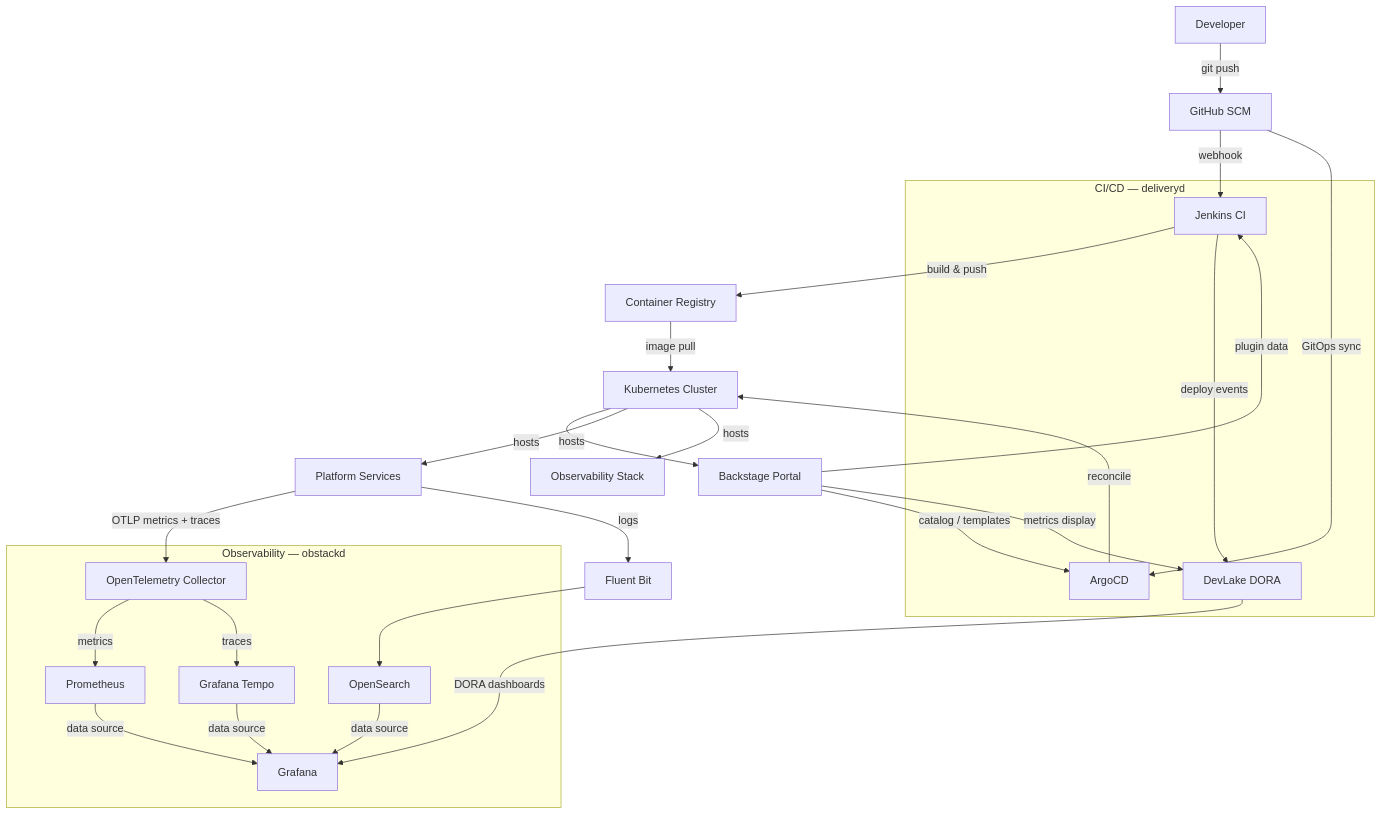
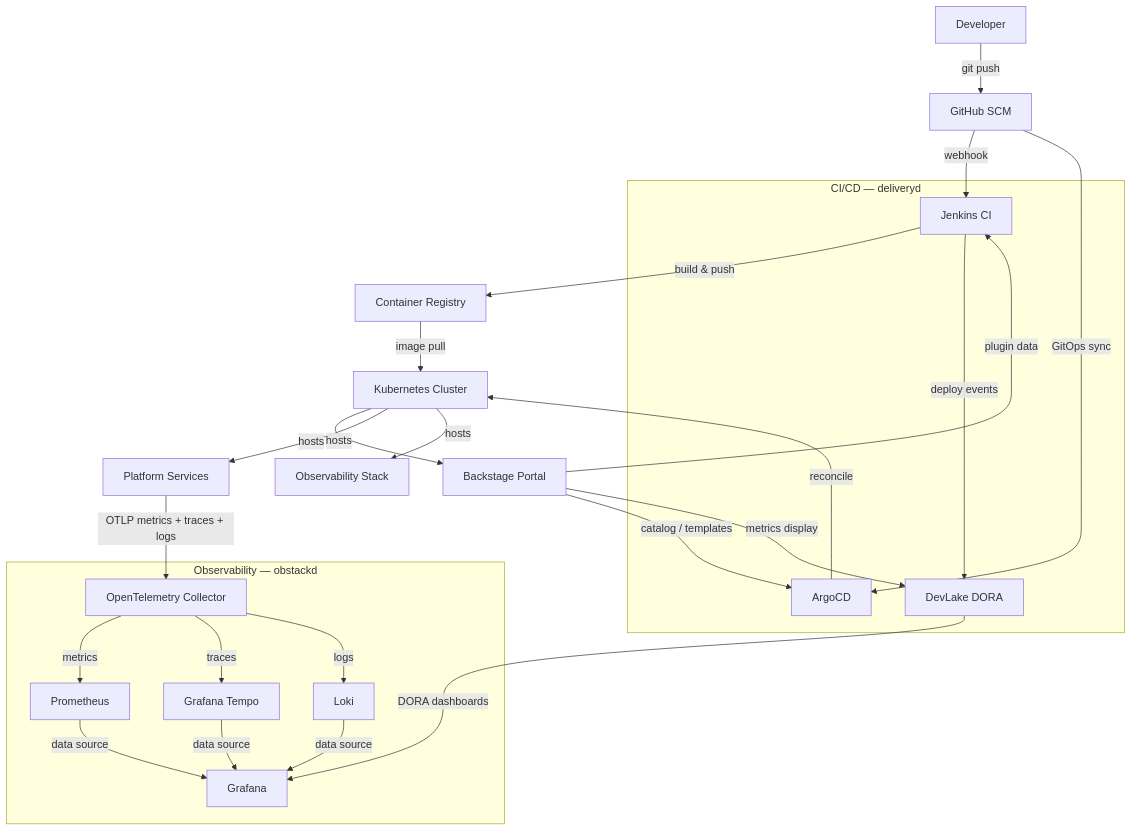
One commit to paruff/fawkes changed the first of 4 diagrams in docs/ARCHITECTURE.md. Above: the diagram before and after it, drawn with Mermaid. The commit also changed other lines of this file and 52 other files, not shown here.

First line of the commit message:
feat(observability): migrate log storage from OpenSearch to Loki (#1885)

````diff
--- a/docs/ARCHITECTURE.md
+++ b/docs/ARCHITECTURE.md
@@ -236,47 +236,46 @@
 ```mermaid
 graph TD
     Dev[Developer] -->|git push| GitHub[GitHub SCM]
 
     GitHub -->|webhook| Jenkins[Jenkins CI]
     GitHub -->|GitOps sync| ArgoCD[ArgoCD]
 
     Jenkins -->|build & push| Registry[Container Registry]
     Jenkins -->|deploy events| DevLake[DevLake DORA]
 
     ArgoCD -->|reconcile| K8s[Kubernetes Cluster]
     Registry -->|image pull| K8s
 
     K8s -->|hosts| Backstage[Backstage Portal]
     K8s -->|hosts| Services[Platform Services]
     K8s -->|hosts| Observability[Observability Stack]
 
     Backstage -->|catalog / templates| ArgoCD
     Backstage -->|plugin data| Jenkins
     Backstage -->|metrics display| DevLake
 
-    Services -->|OTLP metrics + traces| OTel[OpenTelemetry Collector]
-    Services -->|logs| FluentBitFwd[Fluent Bit]
+    Services -->|OTLP metrics + traces + logs| OTel[OpenTelemetry Collector]
     OTel -->|metrics| Prometheus[Prometheus]
     OTel -->|traces| Tempo[Grafana Tempo]
-    FluentBitFwd --> OpenSearch[OpenSearch]
+    OTel -->|logs| Loki[Loki]
 
     Prometheus -->|data source| Grafana[Grafana]
-    OpenSearch -->|data source| Grafana
+    Loki -->|data source| Grafana
     Tempo -->|data source| Grafana
 
     DevLake -->|DORA dashboards| Grafana
 
     subgraph Obstackd [Observability — obstackd]
         Prometheus
         Grafana
         Tempo
-        OpenSearch
+        Loki
         OTel[OpenTelemetry Collector]
     end
 
     subgraph Deliveryd [CI/CD — deliveryd]
         Jenkins
         ArgoCD
         DevLake
     end
 ```
````
